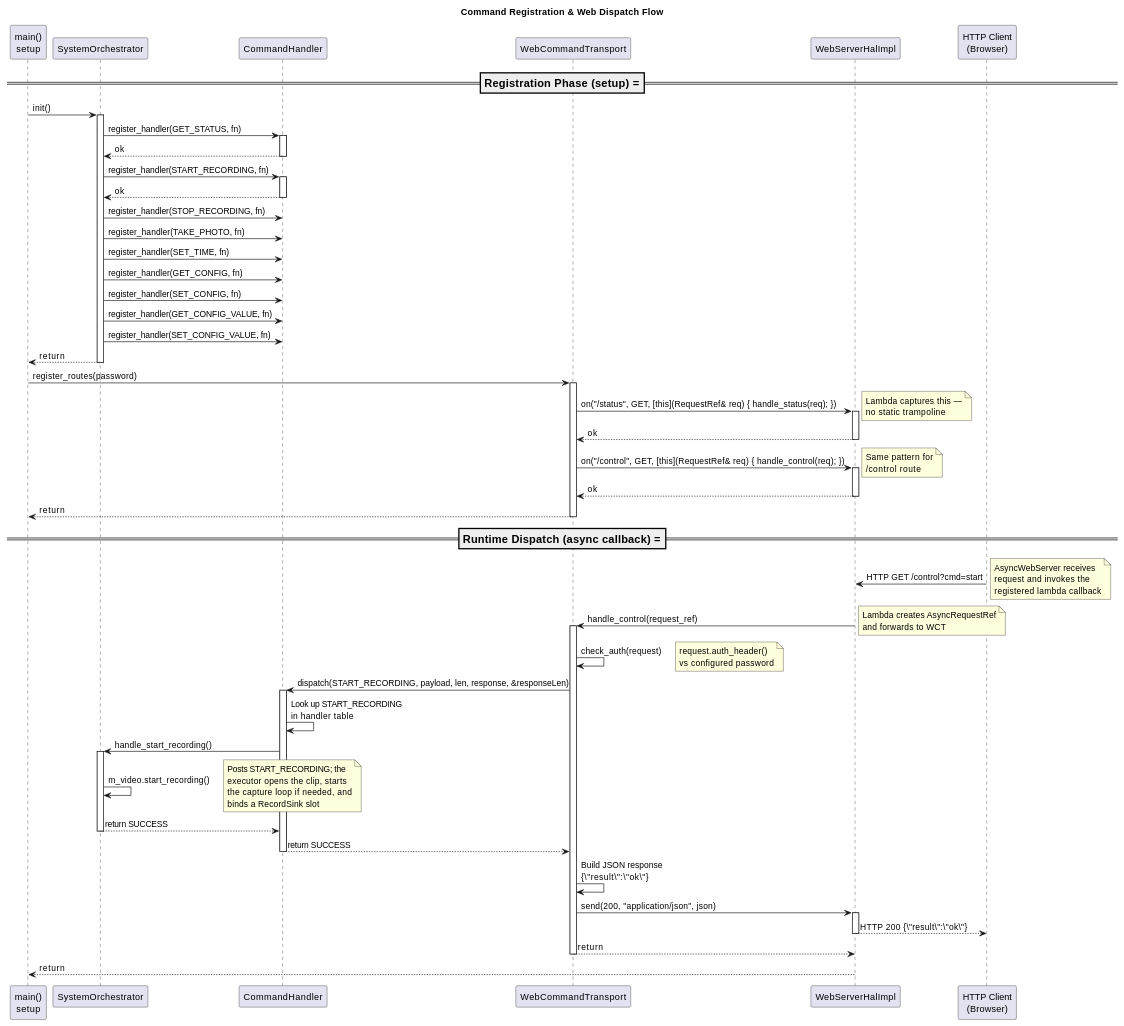
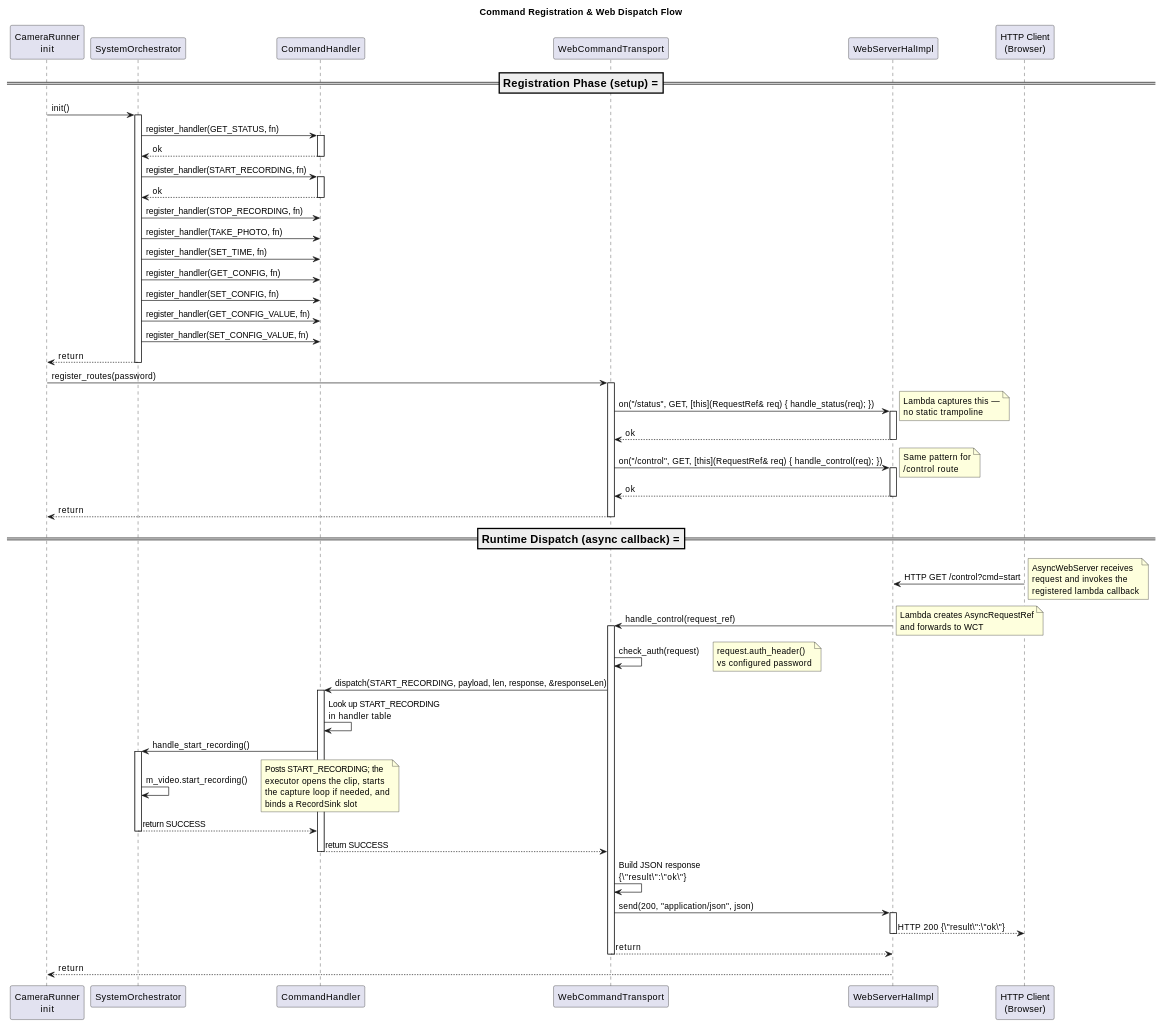
Before and after one commit to timwalsh41/micro-security-cam: the ninth of 9 diagrams in docs/SYSTEM_DESIGN.md, drawn with PlantUML. The commit also changed other lines of this file and 7 other files, not shown here.

First line of the commit message:
Refactor: Move application logic to CameraRunner singleton, extract HardwarePeripheralManager HAL (#19)

```diff
--- a/docs/SYSTEM_DESIGN.md
+++ b/docs/SYSTEM_DESIGN.md
@@ -2323,7 +2341,7 @@
 ' ==================================================================
 ' Participant declarations
 ' ==================================================================
-participant "main()\nsetup" as MAIN
+participant "CameraRunner\ninit" as MAIN
 participant "SystemOrchestrator" as ORCH
 participant "CommandHandler" as CMDH
 participant "WebCommandTransport" as WCT
```
